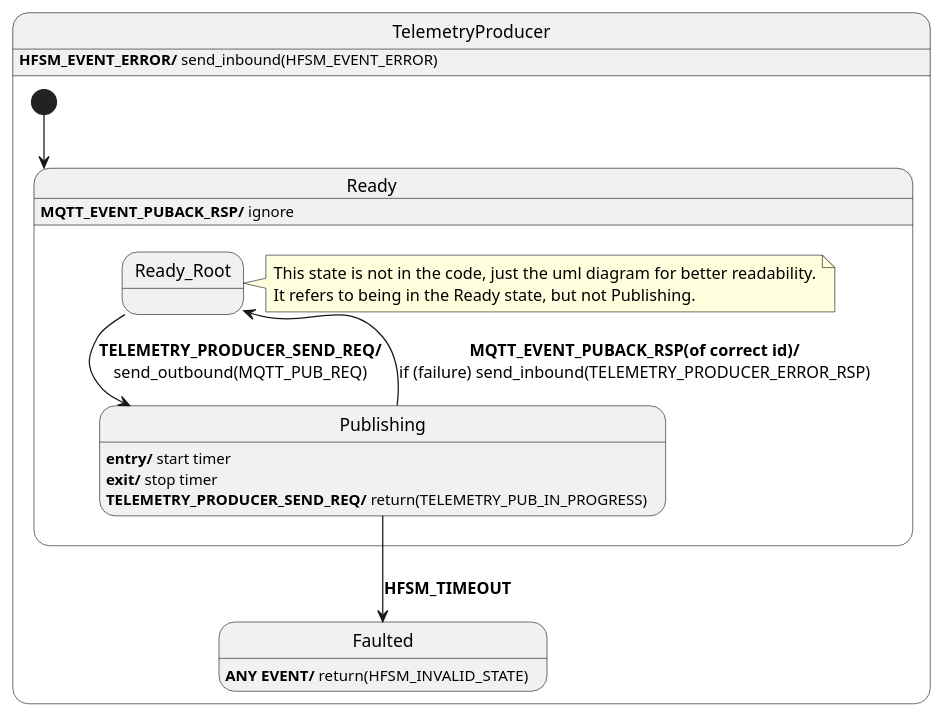
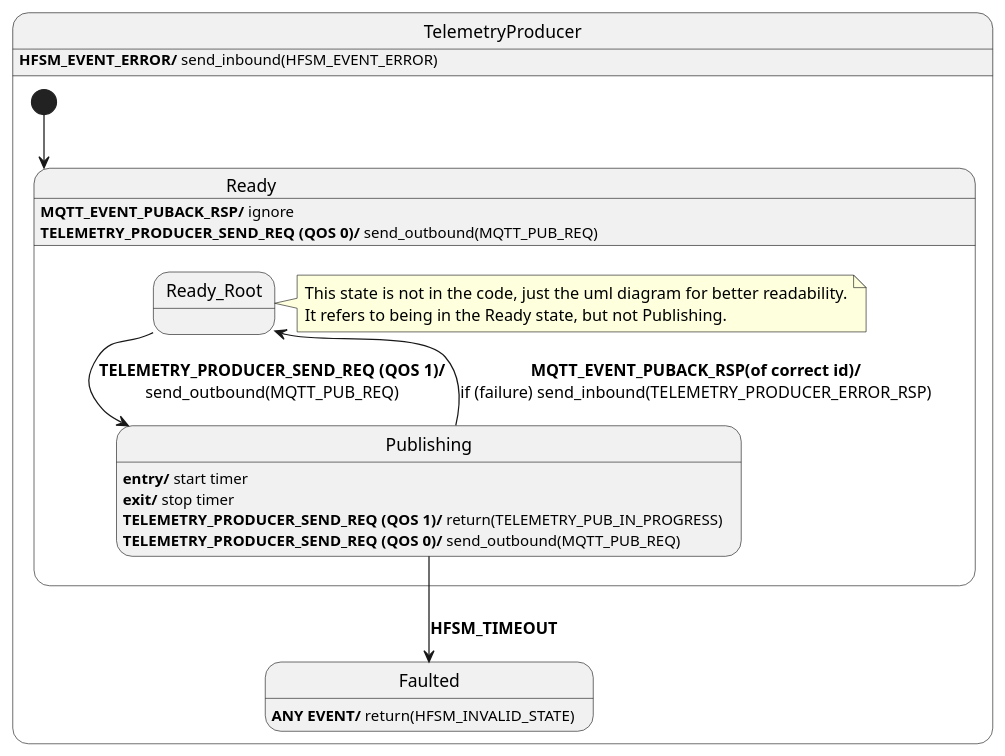
Before and after one commit to Azure/azure-sdk-for-c: the diagram in sdk/docs/core/telemetry_producer.puml, drawn with PlantUML. The commit also changed 6 other files, not shown here.

Commit message:
cleanup and specify qos on telemetry producer

```diff
--- a/sdk/docs/core/telemetry_producer.puml
+++ b/sdk/docs/core/telemetry_producer.puml
@@ -1,30 +1,32 @@
 @startuml TELEMETRY_PRODUCER
 
 state TelemetryProducer {
 
   state Faulted
   Faulted : <b>ANY EVENT/</b> return(HFSM_INVALID_STATE)
 
   state Ready {
     state Ready_Root
     note right of Ready_Root
       This state is not in the code, just the uml diagram for better readability.
       It refers to being in the Ready state, but not Publishing.
     end note
     state Publishing
     Publishing : <b>entry/</b> start timer
     Publishing : <b>exit/</b> stop timer
-    Publishing : <b>TELEMETRY_PRODUCER_SEND_REQ/</b> return(TELEMETRY_PUB_IN_PROGRESS)
+    Publishing : <b>TELEMETRY_PRODUCER_SEND_REQ (QOS 1)/</b> return(TELEMETRY_PUB_IN_PROGRESS)
+    Publishing : <b>TELEMETRY_PRODUCER_SEND_REQ (QOS 0)/</b> send_outbound(MQTT_PUB_REQ)
 
-    Ready_Root -> Publishing : <b>TELEMETRY_PRODUCER_SEND_REQ/</b>\nsend_outbound(MQTT_PUB_REQ)
+    Ready_Root -> Publishing : <b>TELEMETRY_PRODUCER_SEND_REQ (QOS 1)/</b>\nsend_outbound(MQTT_PUB_REQ)
     Publishing --> Ready_Root : <b>MQTT_EVENT_PUBACK_RSP(of correct id)/</b>\nif (failure) send_inbound(TELEMETRY_PRODUCER_ERROR_RSP)
     Publishing --> Faulted : <b>HFSM_TIMEOUT</b>
   }
   Ready : <b>MQTT_EVENT_PUBACK_RSP/</b> ignore
+  Ready : <b>TELEMETRY_PRODUCER_SEND_REQ (QOS 0)/</b> send_outbound(MQTT_PUB_REQ)
 
   [*] --> Ready
 
 }
 TelemetryProducer : <b>HFSM_EVENT_ERROR/</b> send_inbound(HFSM_EVENT_ERROR)
 
 @enduml
```
